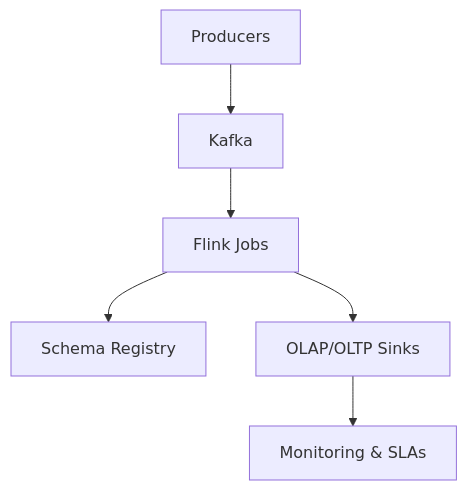
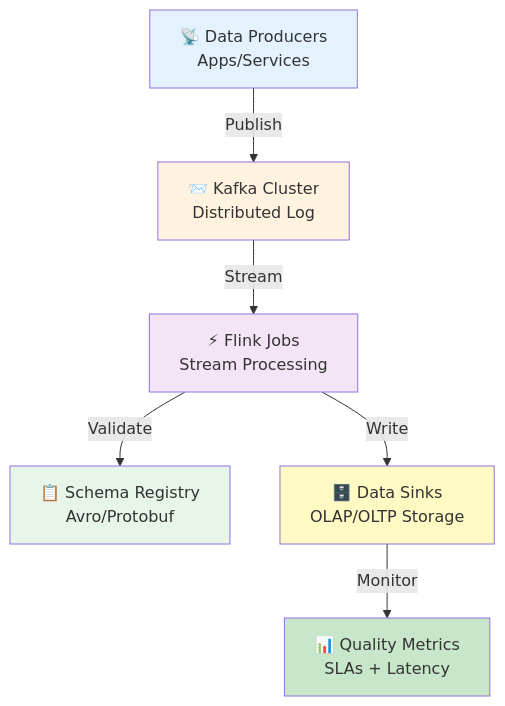
Diagram 13 of 28 in README.md (samueljackson-collab/Samueljackson-collab), drawn with Mermaid before and after one commit. The commit also changed other lines of this file, not shown here.

Commit message:
Enhanced all diagrams with detailed labels, icons, and styling

````diff
--- a/README.md
+++ b/README.md
@@ -364,8 +445,15 @@
 ```mermaid
 flowchart TD
-  Producers[Producers] --> Kafka[Kafka]
-  Kafka --> Flink[Flink Jobs]
-  Flink --> Registry[Schema Registry]
-  Flink --> Sinks[OLAP/OLTP Sinks]
-  Sinks --> Dashboards[Monitoring & SLAs]
+  Producers[📡 Data Producers<br/>Apps/Services] -->|Publish| Kafka[📨 Kafka Cluster<br/>Distributed Log]
+  Kafka -->|Stream| Flink[⚡ Flink Jobs<br/>Stream Processing]
+  Flink -->|Validate| Registry[📋 Schema Registry<br/>Avro/Protobuf]
+  Flink -->|Write| Sinks[🗄️ Data Sinks<br/>OLAP/OLTP Storage]
+  Sinks -->|Monitor| Dashboards[📊 Quality Metrics<br/>SLAs + Latency]
+  
+  style Producers fill:#e3f2fd
+  style Kafka fill:#fff3e0
+  style Flink fill:#f3e5f5
+  style Registry fill:#e8f5e9
+  style Sinks fill:#fff9c4
+  style Dashboards fill:#c8e6c9
 ```
````
